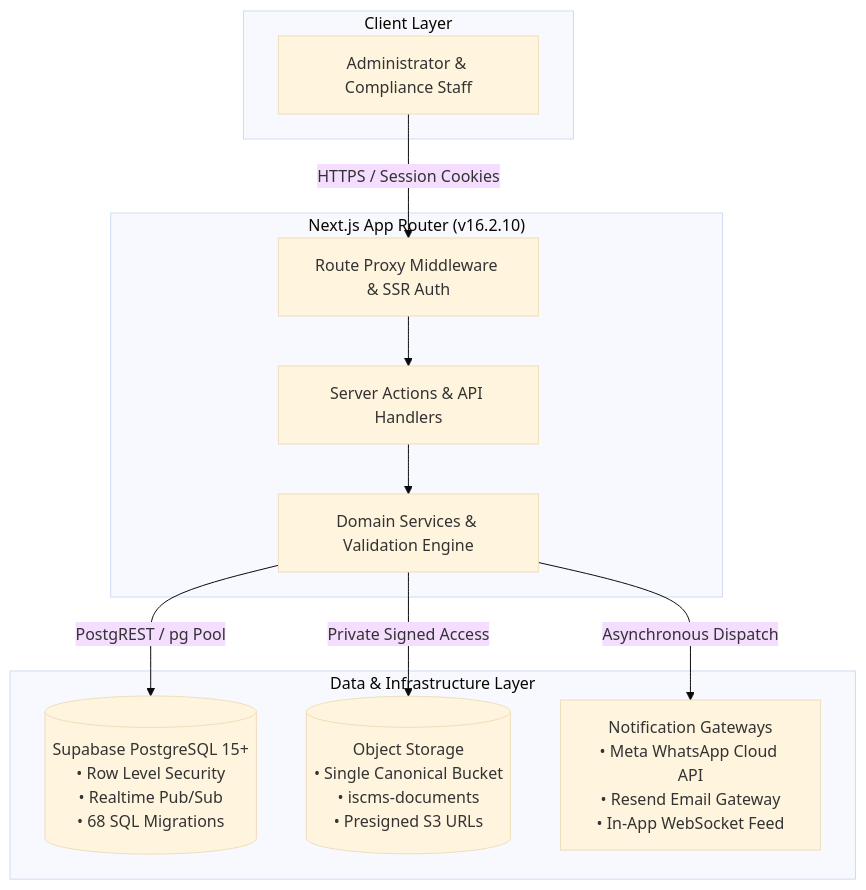
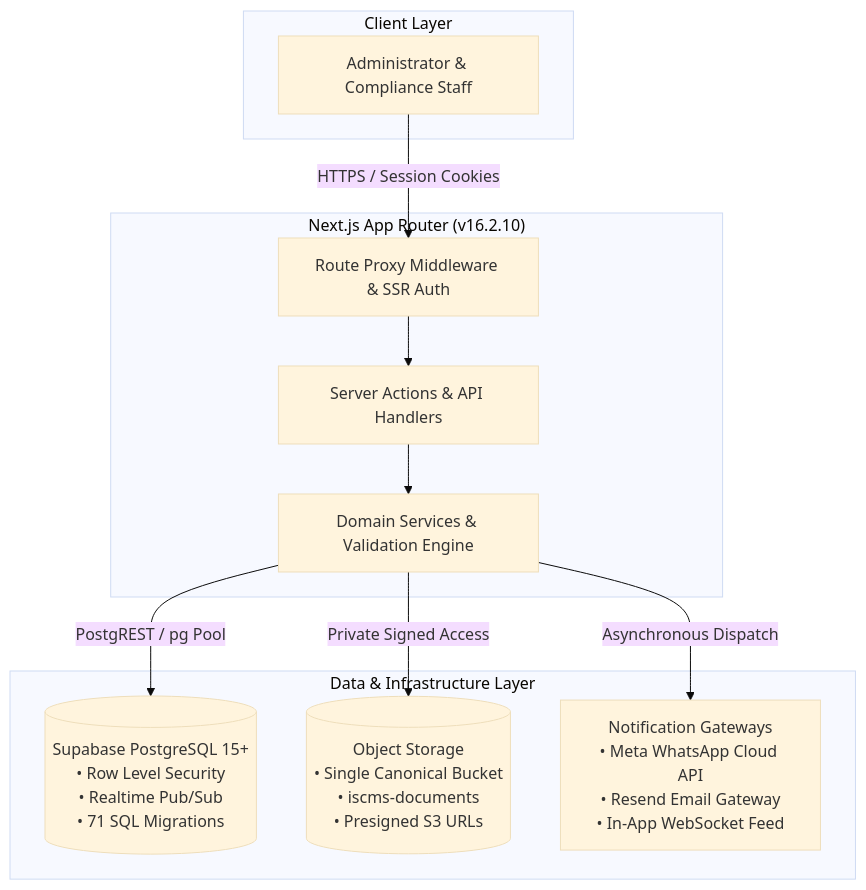
Before and after one commit to saarthvadalia26/International-Student-Compliance-Management-System: the first of 3 diagrams in README.md, drawn with Mermaid (base theme). The commit also changed other lines of this file and 14 other files, not shown here.

````diff
--- a/README.md
+++ b/README.md
@@ -108,25 +109,25 @@
 ```mermaid
 flowchart TD
     subgraph Client["Client Layer"]
         A[Administrator & Compliance Staff]
     end
 
     subgraph AppRouter["Next.js App Router (v16.2.10)"]
         B[Route Proxy Middleware & SSR Auth]
         C[Server Actions & API Handlers]
         D[Domain Services & Validation Engine]
         B --> C
         C --> D
     end
 
     subgraph DataTier["Data & Infrastructure Layer"]
-        E[(Supabase PostgreSQL 15+<br/>• Row Level Security<br/>• Realtime Pub/Sub<br/>• 68 SQL Migrations)]
+        E[(Supabase PostgreSQL 15+<br/>• Row Level Security<br/>• Realtime Pub/Sub<br/>• 71 SQL Migrations)]
         F[(Object Storage<br/>• Single Canonical Bucket<br/>• iscms-documents<br/>• Presigned S3 URLs)]
         G[Notification Gateways<br/>• Meta WhatsApp Cloud API<br/>• Resend Email Gateway<br/>• In-App WebSocket Feed]
     end
 
     A -->|HTTPS / Session Cookies| B
     D -->|PostgREST / pg Pool| E
     D -->|Private Signed Access| F
     D -->|Asynchronous Dispatch| G
 ```
````
